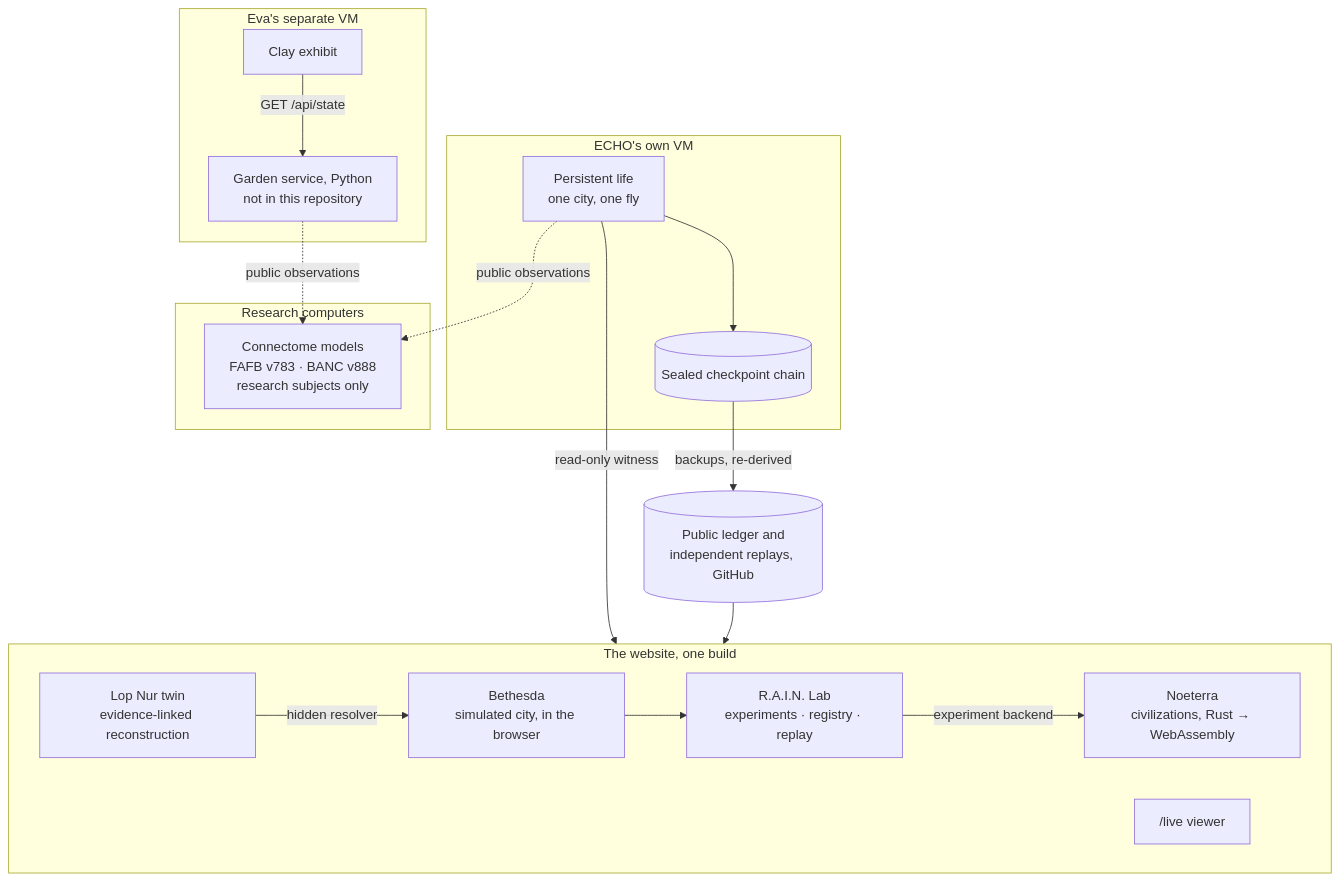
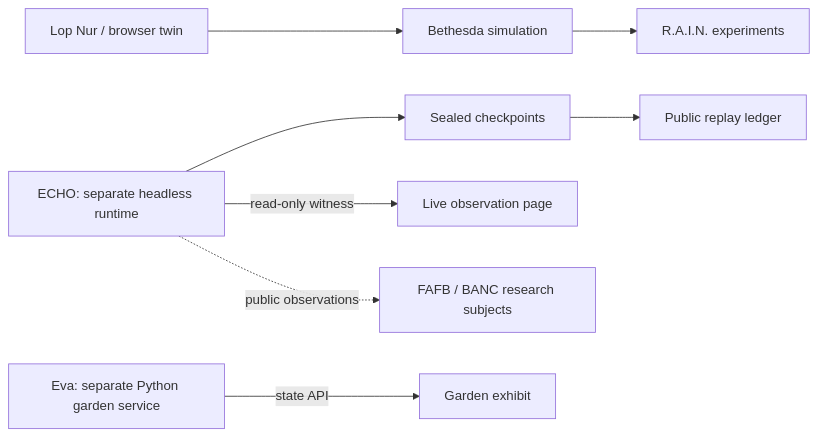
One commit to topherchris420/lop-nur-twin changed the diagram in README.md. Above: the diagram before and after it, drawn with Mermaid. The commit also changed other lines of this file, not shown here.

Commit message:
docs: rewrite Lop Nur Twin README as reproducible engineering memorandum

````diff
--- a/README.md
+++ b/README.md
@@ -192,28 +94,10 @@
 ```mermaid
-flowchart TB
-  subgraph site["The website, one build"]
-    direction LR
-    twin["Lop Nur twin<br/>evidence-linked reconstruction"]
-    city["Bethesda<br/>simulated city, in the browser"]
-    lab["R.A.I.N. Lab<br/>experiments · registry · replay"]
-    noe["Noeterra<br/>civilizations, Rust → WebAssembly"]
-    live["/live viewer"]
-  end
-  subgraph echo["ECHO's own VM"]
-    life["Persistent life<br/>one city, one fly"] --> store[("Sealed checkpoint chain")]
-  end
-  ledger[("Public ledger and<br/>independent replays, GitHub")]
-  subgraph eva["Eva's separate VM"]
-    clay["Clay exhibit"] -- "GET /api/state" --> garden["Garden service, Python<br/>not in this repository"]
-  end
-  subgraph research["Research computers"]
-    neural["Connectome models<br/>FAFB v783 · BANC v888<br/>research subjects only"]
-  end
-  twin -- "hidden resolver" --> city --> lab
-  lab -- "experiment backend" --> noe
-  store -- "backups, re-derived" --> ledger
-  life -- "read-only witness" --> live
-  ledger --> live
-  life -. "public observations" .-> neural
-  garden -. "public observations" .-> neural
+flowchart LR
+  SITE["Lop Nur / browser twin"] --> CITY["Bethesda simulation"]
+  CITY --> LAB["R.A.I.N. experiments"]
+  ECHO["ECHO: separate headless runtime"] --> CP["Sealed checkpoints"]
+  CP --> LEDGER["Public replay ledger"]
+  ECHO -->|read-only witness| LIVE["Live observation page"]
+  EVA["Eva: separate Python garden service"] -->|state API| GARDEN["Garden exhibit"]
+  ECHO -. "public observations" .-> RESEARCH["FAFB / BANC research subjects"]
 ```
````
